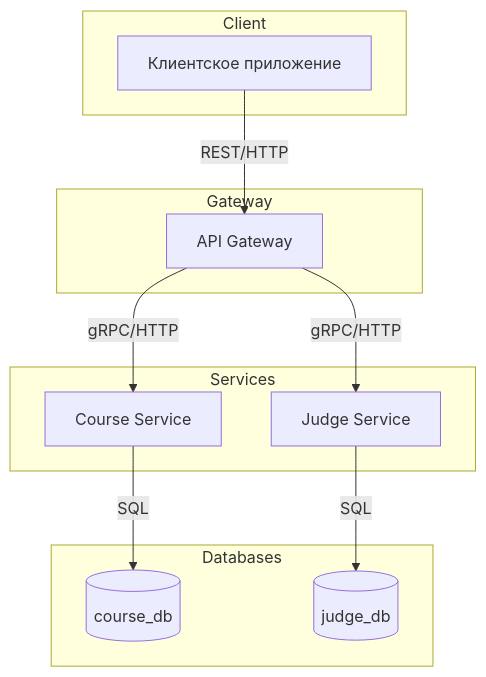
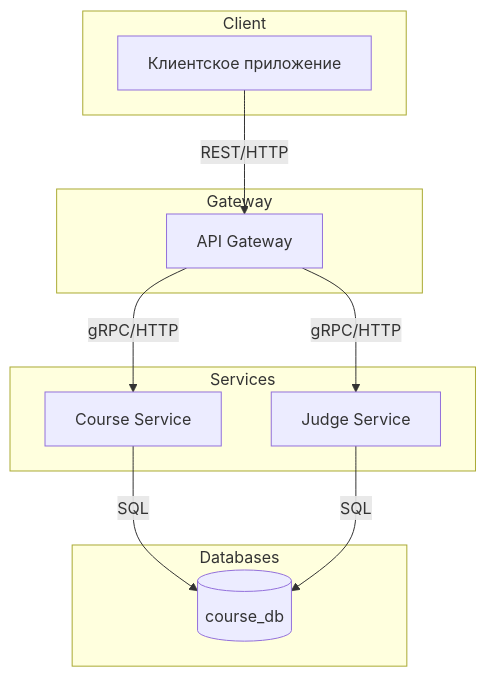
Before and after one commit to spbu-ds-practicum-2025/micro-rest: the first of 3 diagrams in docs/tr.md, drawn with Mermaid. The commit also changed other lines of this file, not shown here.

````diff
--- a/docs/tr.md
+++ b/docs/tr.md
@@ -81,27 +80,26 @@
 ```mermaid
 graph TD
   subgraph Client
     UserApp[Клиентское приложение]
   end
   
   subgraph Gateway
     APIGateway[API Gateway]
   end
   
   subgraph Services
     CourseService[Course Service]
     JudgeService[Judge Service]
   end
   
   subgraph Databases
     CourseDB[(course_db)]
-    JudgeDB[(judge_db)]
   end
 
   UserApp-->|REST/HTTP|APIGateway
   APIGateway-->|gRPC/HTTP|CourseService
   APIGateway-->|gRPC/HTTP|JudgeService
   
   CourseService-->|SQL|CourseDB
-  JudgeService-->|SQL|JudgeDB
+  JudgeService-->|SQL|CourseDB
 ```
````
